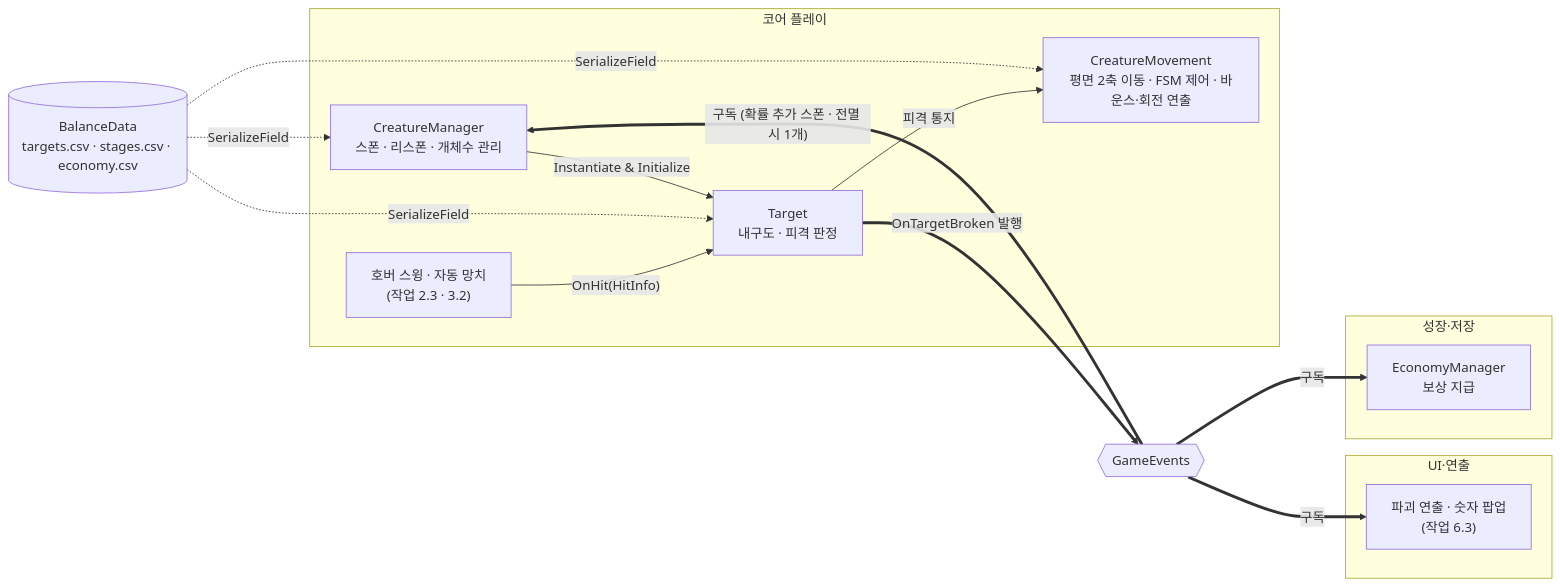
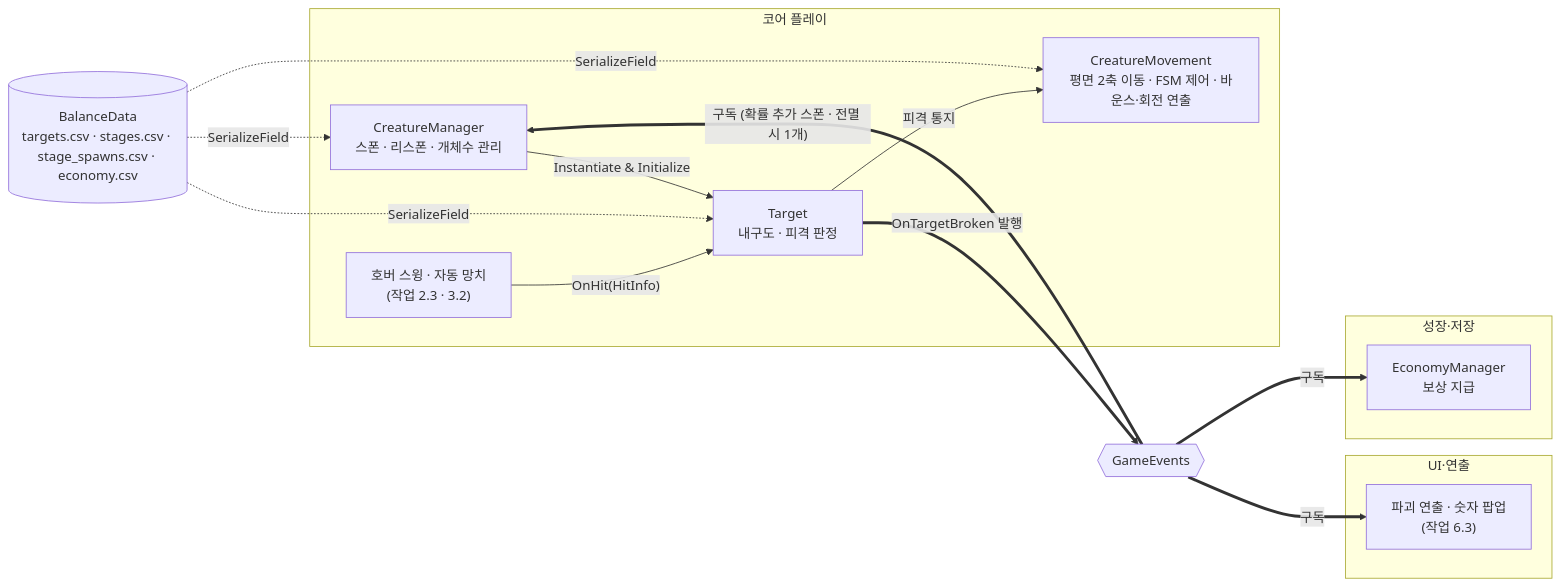
Before and after one commit to KDNA-Gwangju-1/NCAIClicker: the diagram in docs/TECH_NOTES/hit-targets.md, drawn with Mermaid. The commit also changed other lines of this file and 16 other files, not shown here.

First line of the commit message:
feat: 출현 비율을 stage_spawns.csv 로 분리하고 즉시 파괴 추가 (#293) (#295)

````diff
--- a/docs/TECH_NOTES/hit-targets.md
+++ b/docs/TECH_NOTES/hit-targets.md
@@ -41,31 +41,31 @@
 ```mermaid
 flowchart LR
   subgraph Core["코어 플레이"]
     mgr["CreatureManager<br/>스폰 · 리스폰 · 개체수 관리"]
     movement["CreatureMovement<br/>평면 2축 이동 · FSM 제어 · 바운스·회전 연출"]
     target["Target<br/>내구도 · 피격 판정"]
     swing["호버 스윙 · 자동 망치<br/>(작업 2.3 · 3.2)"]
   end
 
   subgraph Growth["성장·저장"]
     econ["EconomyManager<br/>보상 지급"]
   end
 
   subgraph Fx["UI·연출"]
     vfx["파괴 연출 · 숫자 팝업<br/>(작업 6.3)"]
   end
 
   events{{"GameEvents"}}
-  balance[("BalanceData<br/>targets.csv · stages.csv · economy.csv")]
+  balance[("BalanceData<br/>targets.csv · stages.csv · stage_spawns.csv · economy.csv")]
 
   swing -- "OnHit(HitInfo)" --> target
   target -- "피격 통지" --> movement
   balance -. "SerializeField" .-> target
   balance -. "SerializeField" .-> movement
   balance -. "SerializeField" .-> mgr
   mgr -- "Instantiate & Initialize" --> target
   target == "OnTargetBroken 발행" ==> events
   events == "구독 (확률 추가 스폰 · 전멸 시 1개)" ==> mgr
   events == "구독" ==> econ
   events == "구독" ==> vfx
 ```
````
